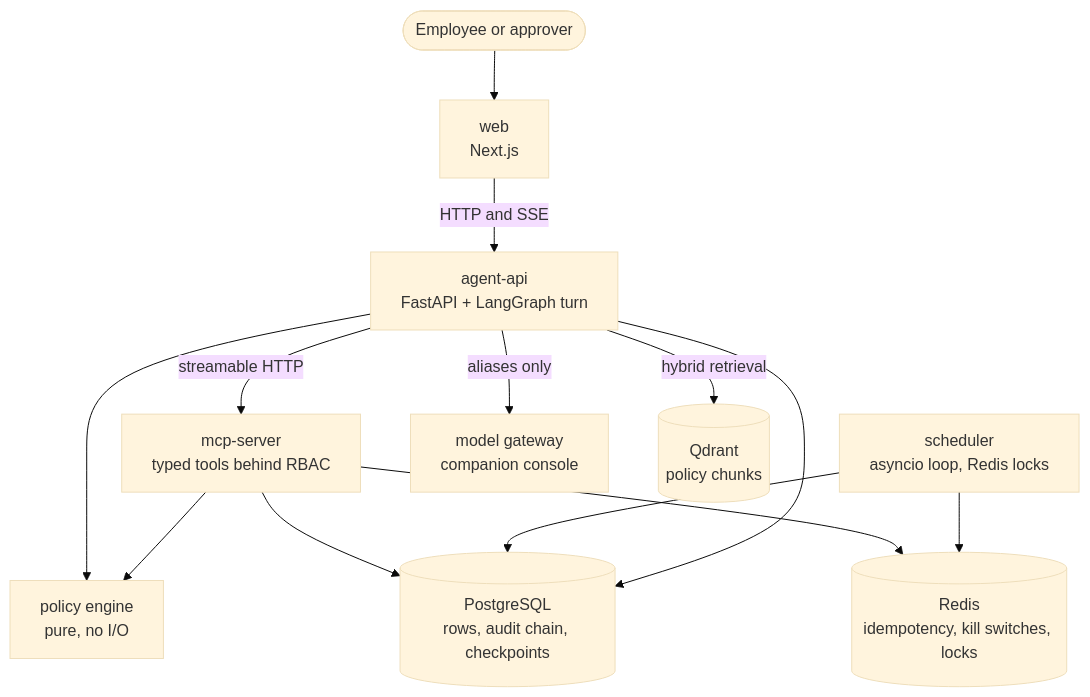
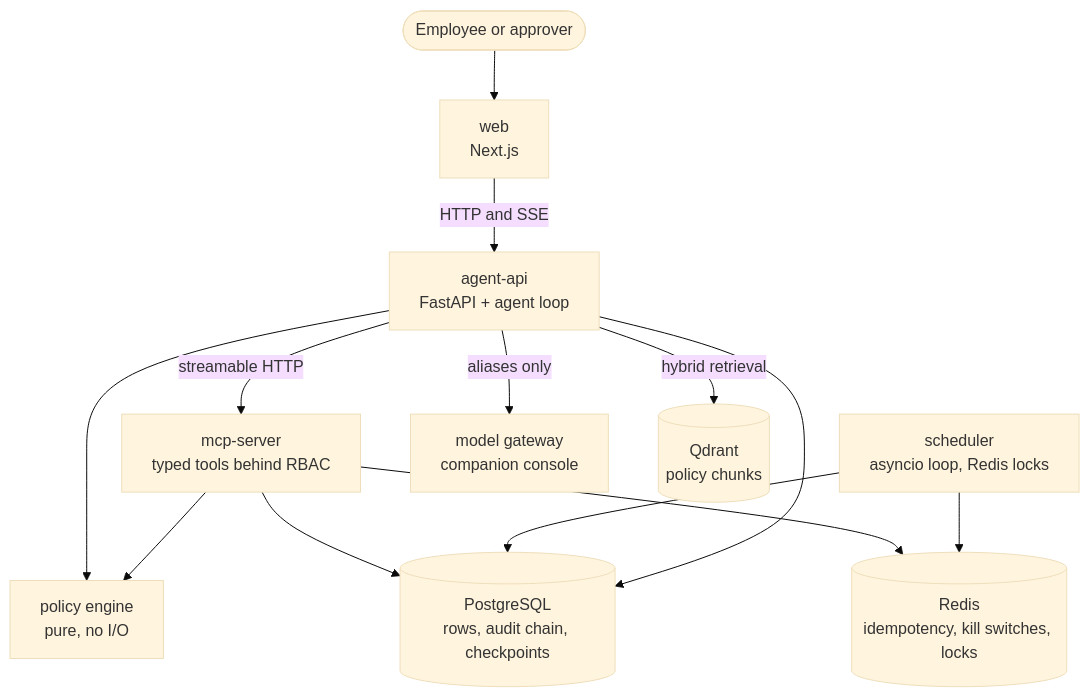
Before and after one commit to masudur-rahman-musa/helpdesk-agentic-flow: the diagram in README.md, drawn with Mermaid (base theme). The commit also changed other lines of this file and 114 other files, not shown here.

````diff
--- a/README.md
+++ b/README.md
@@ -39,26 +39,26 @@
 ```mermaid
 flowchart TB
     user([Employee or approver])
     web["web<br/>Next.js"]
-    api["agent-api<br/>FastAPI + LangGraph turn"]
+    api["agent-api<br/>FastAPI + agent loop"]
     mcp["mcp-server<br/>typed tools behind RBAC"]
     sched["scheduler<br/>asyncio loop, Redis locks"]
     policy["policy engine<br/>pure, no I/O"]
     gw["model gateway<br/>companion console"]
     pg[("PostgreSQL<br/>rows, audit chain, checkpoints")]
     redis[("Redis<br/>idempotency, kill switches, locks")]
     qdrant[("Qdrant<br/>policy chunks")]
 
     user --> web
     web -- "HTTP and SSE" --> api
     api -- "aliases only" --> gw
     api -- "hybrid retrieval" --> qdrant
     api --> policy
     api -- "streamable HTTP" --> mcp
     mcp --> policy
     mcp --> pg
     mcp --> redis
     sched --> pg
     sched --> redis
     api --> pg
 ```
````
